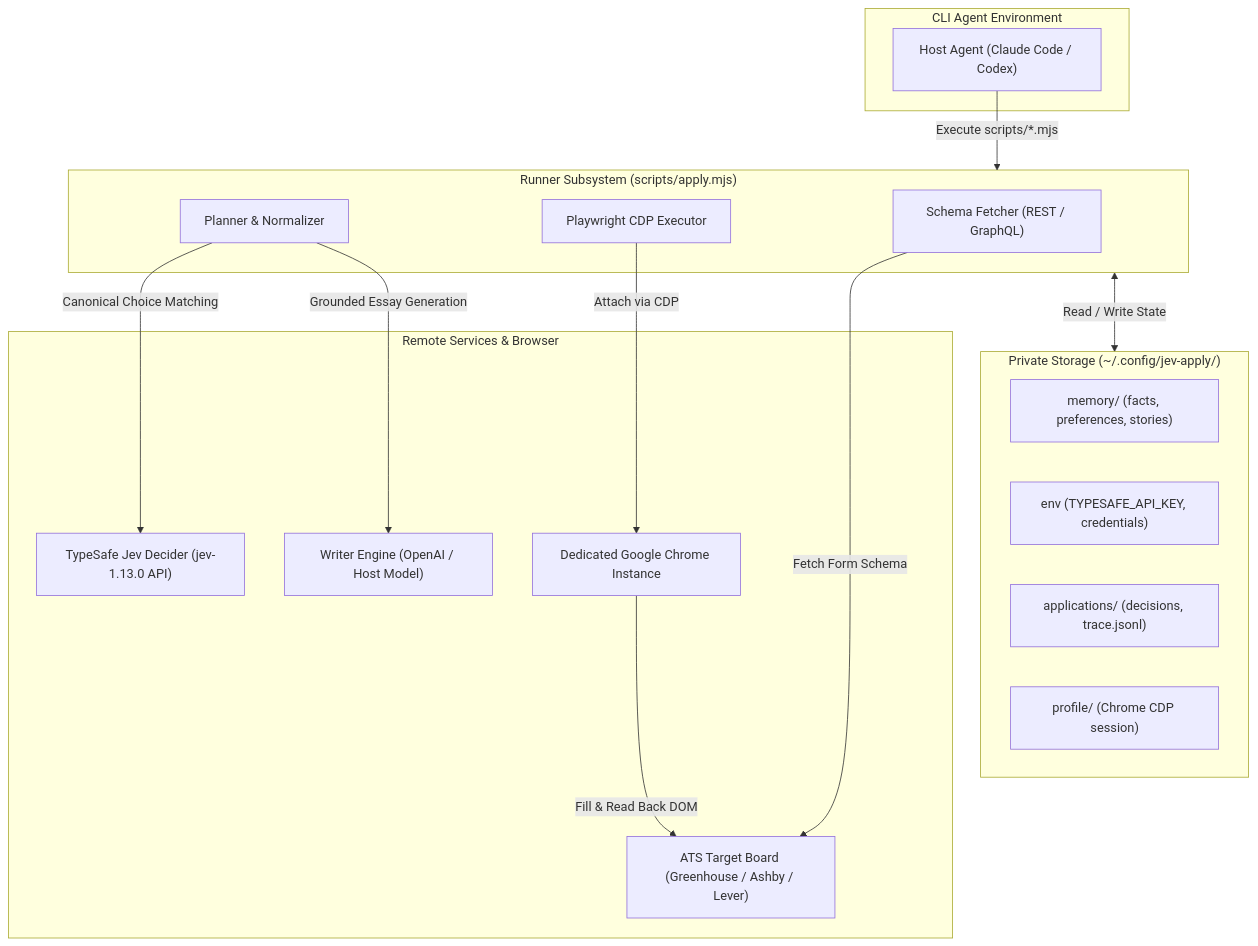
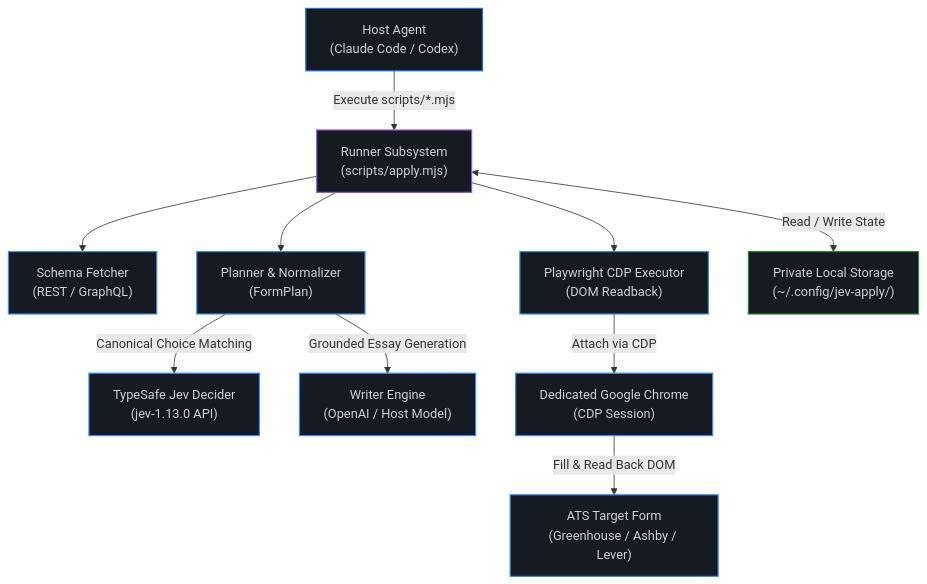
Before and after one commit to TheAdaply/jev-apply: the first of 2 diagrams in README.md, drawn with Mermaid. The commit also changed other lines of this file, not shown here.

Commit message:
docs(readme): simplify architecture flowcharts and embed both motion animations

````diff
--- a/README.md
+++ b/README.md
@@ -93,34 +93,28 @@
 ```mermaid
 flowchart TD
-  subgraph CLI["CLI Agent Environment"]
-    HostAgent["Host Agent (Claude Code / Codex)"]
-  end
+  classDef agent fill:#161b22,stroke:#1f6feb,stroke-width:1.5px,color:#c9d1d9
+  classDef runner fill:#161b22,stroke:#8957e5,stroke-width:1.5px,color:#c9d1d9
+  classDef storage fill:#161b22,stroke:#238636,stroke-width:1.5px,color:#c9d1d9
+  classDef service fill:#161b22,stroke:#388bfd,stroke-width:1.5px,color:#c9d1d9
 
-  subgraph LocalStorage["Private Storage (~/.config/jev-apply/)"]
-    MemoryDir["memory/ (facts, preferences, stories)"]
-    EnvFile["env (TYPESAFE_API_KEY, credentials)"]
-    AppDir["applications/ (decisions, trace.jsonl)"]
-    ChromeProfile["profile/ (Chrome CDP session)"]
-  end
-
-  subgraph CoreRunner["Runner Subsystem (scripts/apply.mjs)"]
-    SchemaFetcher["Schema Fetcher (REST / GraphQL)"]
-    Planner["Planner & Normalizer"]
-    ExecEngine["Playwright CDP Executor"]
-  end
-
-  subgraph ExternalAPIs["Remote Services & Browser"]
-    JevAPI["TypeSafe Jev Decider (jev-1.13.0 API)"]
-    WriterAPI["Writer Engine (OpenAI / Host Model)"]
-    ATSBoard["ATS Target Board (Greenhouse / Ashby / Lever)"]
-    LocalChrome["Dedicated Google Chrome Instance"]
-  end
+  HostAgent["Host Agent<br/>(Claude Code / Codex)"]:::agent
+  CoreRunner["Runner Subsystem<br/>(scripts/apply.mjs)"]:::runner
+  SchemaFetcher["Schema Fetcher<br/>(REST / GraphQL)"]:::service
+  Planner["Planner & Normalizer<br/>(FormPlan)"]:::service
+  JevAPI["TypeSafe Jev Decider<br/>(jev-1.13.0 API)"]:::service
+  WriterAPI["Writer Engine<br/>(OpenAI / Host Model)"]:::service
+  ExecEngine["Playwright CDP Executor<br/>(DOM Readback)"]:::service
+  LocalStorage["Private Local Storage<br/>(~/.config/jev-apply/)"]:::storage
+  LocalChrome["Dedicated Google Chrome<br/>(CDP Session)"]:::service
+  ATSBoard["ATS Target Form<br/>(Greenhouse / Ashby / Lever)"]:::service
 
   HostAgent -->|Execute scripts/*.mjs| CoreRunner
   CoreRunner <-->|Read / Write State| LocalStorage
-  SchemaFetcher -->|Fetch Form Schema| ATSBoard
+  CoreRunner --> SchemaFetcher
+  CoreRunner --> Planner
   Planner -->|Canonical Choice Matching| JevAPI
   Planner -->|Grounded Essay Generation| WriterAPI
+  CoreRunner --> ExecEngine
   ExecEngine -->|Attach via CDP| LocalChrome
   LocalChrome -->|Fill & Read Back DOM| ATSBoard
 ```
````
